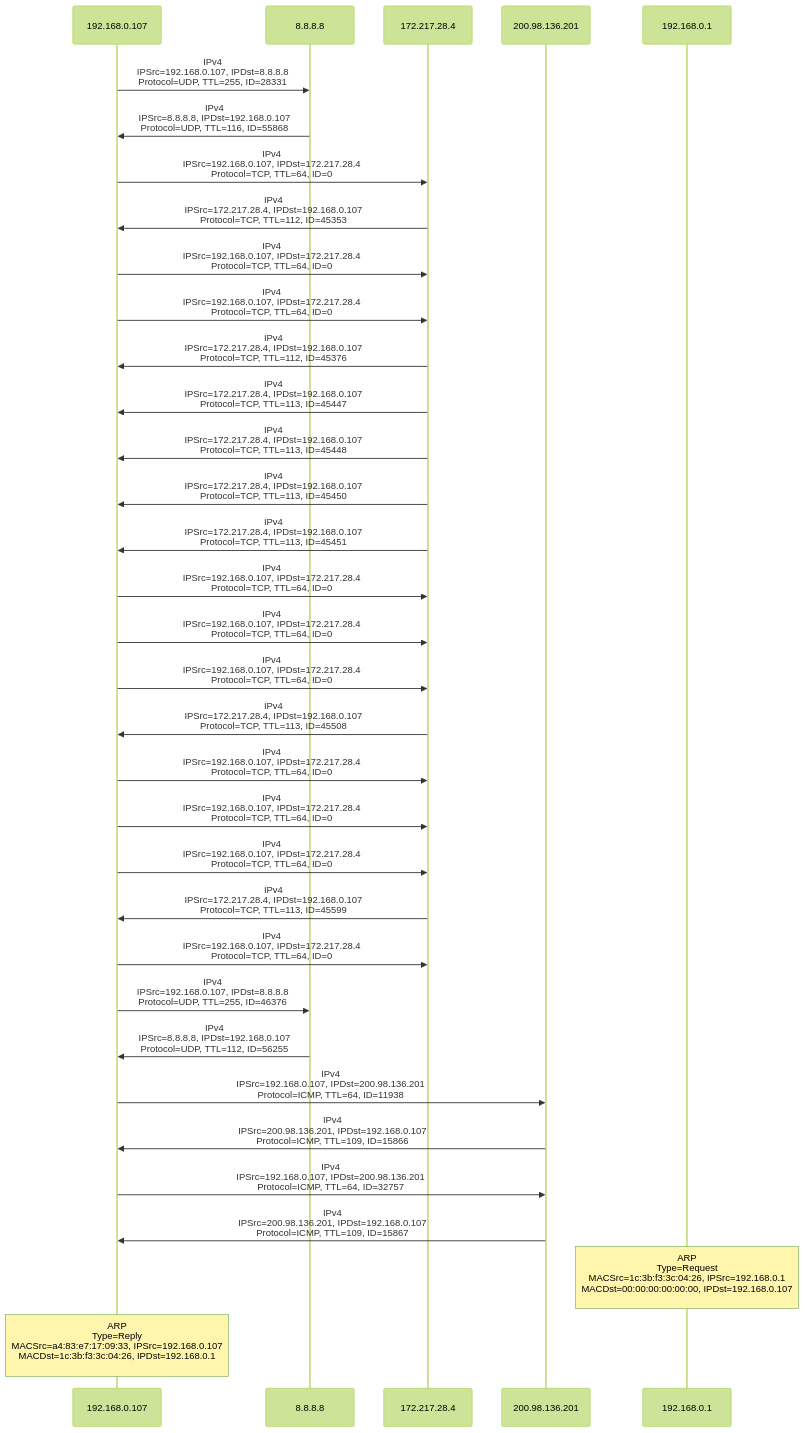
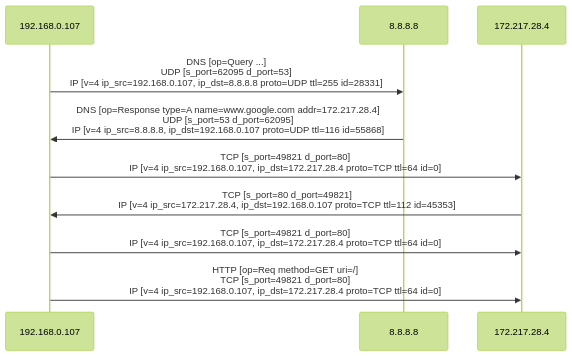
Before and after one commit to arielril/pcap-mermaid-parser: the diagram in mermaid.md, drawn with Mermaid (forest theme). The commit also changed 8 other files, not shown here.

Commit message:
format some code add http, dns, udp and tcp parser group parts with modules

````diff
--- a/mermaid.md
+++ b/mermaid.md
@@ -1,31 +1,9 @@
 ```mermaid
 sequenceDiagram
-	 192.168.0.107->>8.8.8.8: IPv4<br>IPSrc=192.168.0.107, IPDst=8.8.8.8<br>Protocol=UDP, TTL=255, ID=28331
-	 8.8.8.8->>192.168.0.107: IPv4<br>IPSrc=8.8.8.8, IPDst=192.168.0.107<br>Protocol=UDP, TTL=116, ID=55868
-	 192.168.0.107->>172.217.28.4: IPv4<br>IPSrc=192.168.0.107, IPDst=172.217.28.4<br>Protocol=TCP, TTL=64, ID=0
-	 172.217.28.4->>192.168.0.107: IPv4<br>IPSrc=172.217.28.4, IPDst=192.168.0.107<br>Protocol=TCP, TTL=112, ID=45353
-	 192.168.0.107->>172.217.28.4: IPv4<br>IPSrc=192.168.0.107, IPDst=172.217.28.4<br>Protocol=TCP, TTL=64, ID=0
-	 192.168.0.107->>172.217.28.4: IPv4<br>IPSrc=192.168.0.107, IPDst=172.217.28.4<br>Protocol=TCP, TTL=64, ID=0
-	 172.217.28.4->>192.168.0.107: IPv4<br>IPSrc=172.217.28.4, IPDst=192.168.0.107<br>Protocol=TCP, TTL=112, ID=45376
-	 172.217.28.4->>192.168.0.107: IPv4<br>IPSrc=172.217.28.4, IPDst=192.168.0.107<br>Protocol=TCP, TTL=113, ID=45447
-	 172.217.28.4->>192.168.0.107: IPv4<br>IPSrc=172.217.28.4, IPDst=192.168.0.107<br>Protocol=TCP, TTL=113, ID=45448
-	 172.217.28.4->>192.168.0.107: IPv4<br>IPSrc=172.217.28.4, IPDst=192.168.0.107<br>Protocol=TCP, TTL=113, ID=45450
-	 172.217.28.4->>192.168.0.107: IPv4<br>IPSrc=172.217.28.4, IPDst=192.168.0.107<br>Protocol=TCP, TTL=113, ID=45451
-	 192.168.0.107->>172.217.28.4: IPv4<br>IPSrc=192.168.0.107, IPDst=172.217.28.4<br>Protocol=TCP, TTL=64, ID=0
-	 192.168.0.107->>172.217.28.4: IPv4<br>IPSrc=192.168.0.107, IPDst=172.217.28.4<br>Protocol=TCP, TTL=64, ID=0
-	 192.168.0.107->>172.217.28.4: IPv4<br>IPSrc=192.168.0.107, IPDst=172.217.28.4<br>Protocol=TCP, TTL=64, ID=0
-	 172.217.28.4->>192.168.0.107: IPv4<br>IPSrc=172.217.28.4, IPDst=192.168.0.107<br>Protocol=TCP, TTL=113, ID=45508
-	 192.168.0.107->>172.217.28.4: IPv4<br>IPSrc=192.168.0.107, IPDst=172.217.28.4<br>Protocol=TCP, TTL=64, ID=0
-	 192.168.0.107->>172.217.28.4: IPv4<br>IPSrc=192.168.0.107, IPDst=172.217.28.4<br>Protocol=TCP, TTL=64, ID=0
-	 192.168.0.107->>172.217.28.4: IPv4<br>IPSrc=192.168.0.107, IPDst=172.217.28.4<br>Protocol=TCP, TTL=64, ID=0
-	 172.217.28.4->>192.168.0.107: IPv4<br>IPSrc=172.217.28.4, IPDst=192.168.0.107<br>Protocol=TCP, TTL=113, ID=45599
-	 192.168.0.107->>172.217.28.4: IPv4<br>IPSrc=192.168.0.107, IPDst=172.217.28.4<br>Protocol=TCP, TTL=64, ID=0
-	 192.168.0.107->>8.8.8.8: IPv4<br>IPSrc=192.168.0.107, IPDst=8.8.8.8<br>Protocol=UDP, TTL=255, ID=46376
-	 8.8.8.8->>192.168.0.107: IPv4<br>IPSrc=8.8.8.8, IPDst=192.168.0.107<br>Protocol=UDP, TTL=112, ID=56255
-	 192.168.0.107->>200.98.136.201: IPv4<br>IPSrc=192.168.0.107, IPDst=200.98.136.201<br>Protocol=ICMP, TTL=64, ID=11938
-	 200.98.136.201->>192.168.0.107: IPv4<br>IPSrc=200.98.136.201, IPDst=192.168.0.107<br>Protocol=ICMP, TTL=109, ID=15866
-	 192.168.0.107->>200.98.136.201: IPv4<br>IPSrc=192.168.0.107, IPDst=200.98.136.201<br>Protocol=ICMP, TTL=64, ID=32757
-	 200.98.136.201->>192.168.0.107: IPv4<br>IPSrc=200.98.136.201, IPDst=192.168.0.107<br>Protocol=ICMP, TTL=109, ID=15867
-	  Note over 192.168.0.1: ARP <br>Type=Request<br>MACSrc=1c:3b:f3:3c:04:26, IPSrc=192.168.0.1<br>MACDst=00:00:00:00:00:00, IPDst=192.168.0.107<br>
-	  Note over 192.168.0.107: ARP <br>Type=Reply<br>MACSrc=a4:83:e7:17:09:33, IPSrc=192.168.0.107<br>MACDst=1c:3b:f3:3c:04:26, IPDst=192.168.0.1<br>
+	192.168.0.107->>8.8.8.8: DNS [op=Query ...]<br>UDP [s_port=62095  d_port=53]<br>IP [v=4 ip_src=192.168.0.107, ip_dst=8.8.8.8 proto=UDP ttl=255 id=28331]
+	8.8.8.8->>192.168.0.107: DNS [op=Response type=A name=www.google.com addr=172.217.28.4]<br>UDP [s_port=53  d_port=62095]<br>IP [v=4 ip_src=8.8.8.8, ip_dst=192.168.0.107 proto=UDP ttl=116 id=55868]
+	192.168.0.107->>172.217.28.4: TCP [s_port=49821 d_port=80]<br>IP [v=4 ip_src=192.168.0.107, ip_dst=172.217.28.4 proto=TCP ttl=64 id=0]
+	172.217.28.4->>192.168.0.107: TCP [s_port=80 d_port=49821]<br>IP [v=4 ip_src=172.217.28.4, ip_dst=192.168.0.107 proto=TCP ttl=112 id=45353]
+	192.168.0.107->>172.217.28.4: TCP [s_port=49821 d_port=80]<br>IP [v=4 ip_src=192.168.0.107, ip_dst=172.217.28.4 proto=TCP ttl=64 id=0]
+	192.168.0.107->>172.217.28.4: HTTP [op=Req method=GET uri=/]<br>TCP [s_port=49821 d_port=80]<br>IP [v=4 ip_src=192.168.0.107, ip_dst=172.217.28.4 proto=TCP ttl=64 id=0]
 ```
````
